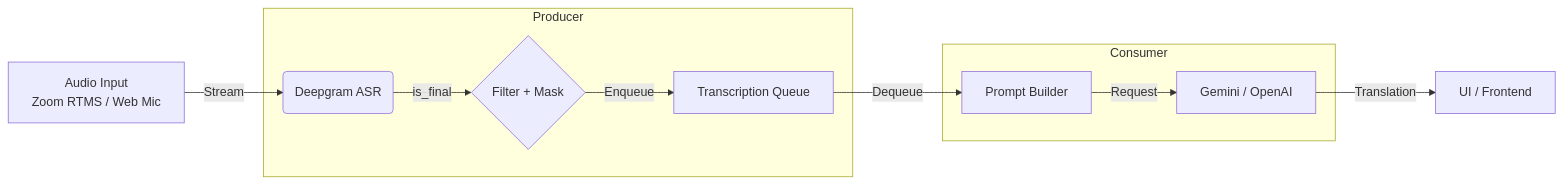
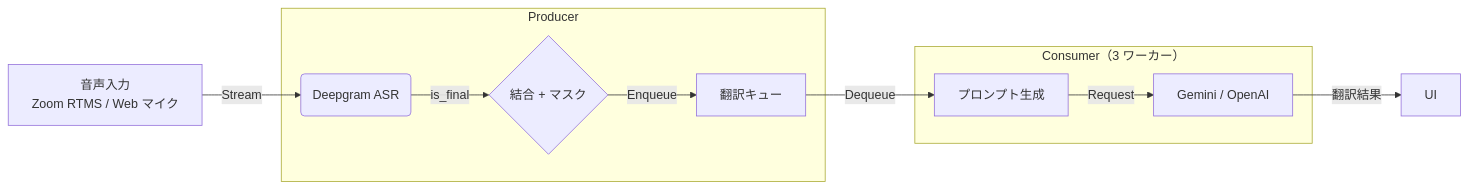
The diagram in DESIGN_DOC.md (yaguangxiaocang-jpg/real_time_transalation_oguramasahiro), drawn with Mermaid before and after one commit. The commit also changed other lines of this file and 4 other files, not shown here.

````diff
--- a/DESIGN_DOC.md
+++ b/DESIGN_DOC.md
@@ -17,16 +15,16 @@
 ```mermaid
 graph LR
-    A[Audio Input<br/>Zoom RTMS / Web Mic] -->|Stream| B(Deepgram ASR)
+    A[音声入力<br/>Zoom RTMS / Web マイク] -->|Stream| B(Deepgram ASR)
 
     subgraph "Producer"
-        B -->|is_final| C{Filter + Mask}
-        C -->|Enqueue| D[Transcription Queue]
+        B -->|is_final| C{結合 + マスク}
+        C -->|Enqueue| D[翻訳キュー]
     end
 
-    subgraph "Consumer"
-        D -->|Dequeue| E[Prompt Builder]
+    subgraph "Consumer（3 ワーカー）"
+        D -->|Dequeue| E[プロンプト生成]
         E -->|Request| F[Gemini / OpenAI]
     end
 
-    F -->|Translation| G[UI / Frontend]
+    F -->|翻訳結果| G[UI]
 ```
````
